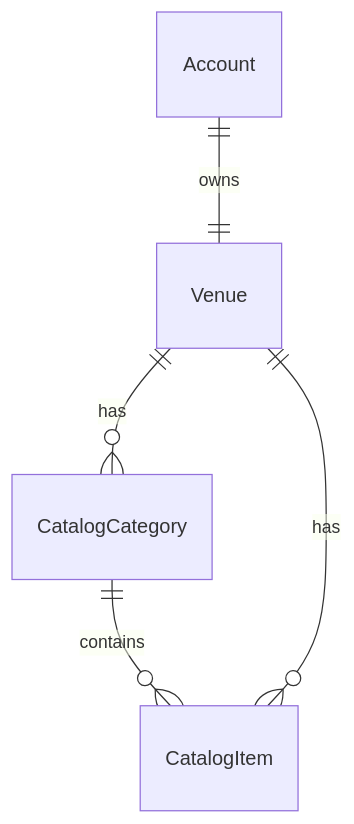
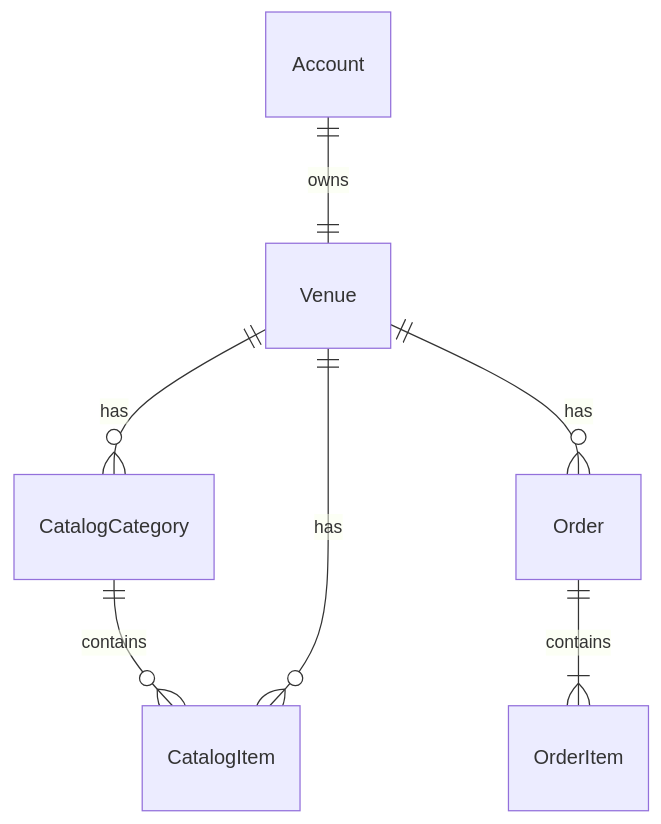
Before and after one commit to filiperamosds/eaimesa: the diagram in docs/data/schema.md, drawn with Mermaid. The commit also changed other lines of this file and 28 other files, not shown here.

````diff
--- a/docs/data/schema.md
+++ b/docs/data/schema.md
@@ -73,7 +78,9 @@
 ```mermaid
 erDiagram
   Account ||--|| Venue : owns
   Venue ||--o{ CatalogCategory : has
   CatalogCategory ||--o{ CatalogItem : contains
   Venue ||--o{ CatalogItem : has
+  Venue ||--o{ Order : has
+  Order ||--|{ OrderItem : contains
 ```
````
